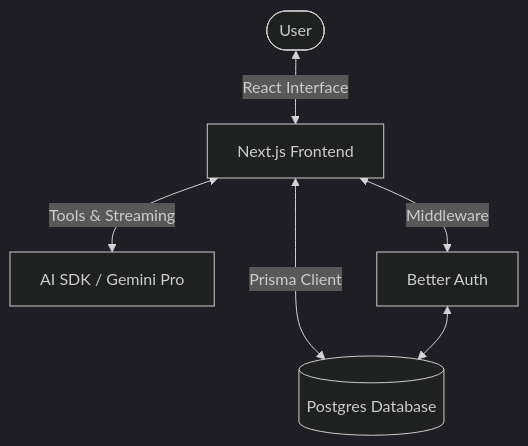
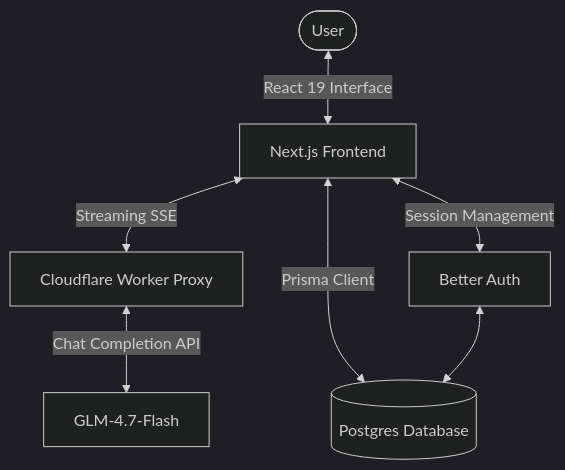
The diagram in README.md (lwshakib/task-fusion-ai-powered), drawn with Mermaid (dark theme) before and after one commit. The commit also changed other lines of this file and 9 other files, not shown here.

Commit message:
feat: Implement AI streaming with tool calling, a new chat interface, and foundational billing and account pages.

````diff
--- a/README.md
+++ b/README.md
@@ -54,14 +56,16 @@
 ```mermaid
 graph TD
     User([User])
     Frontend[Next.js Frontend]
-    AIService[AI SDK / Gemini Pro]
+    Worker[Cloudflare Worker Proxy]
+    AIService[GLM-4.7-Flash]
     Database[(Postgres Database)]
     Auth[Better Auth]
 
-    User <-->|React Interface| Frontend
-    Frontend <-->|Tools & Streaming| AIService
+    User <-->|React 19 Interface| Frontend
+    Frontend <-->|Streaming SSE| Worker
+    Worker <-->|Chat Completion API| AIService
     Frontend <-->|Prisma Client| Database
-    Frontend <-->|Middleware| Auth
+    Frontend <-->|Session Management| Auth
     Auth <--> Database
 ```
````
